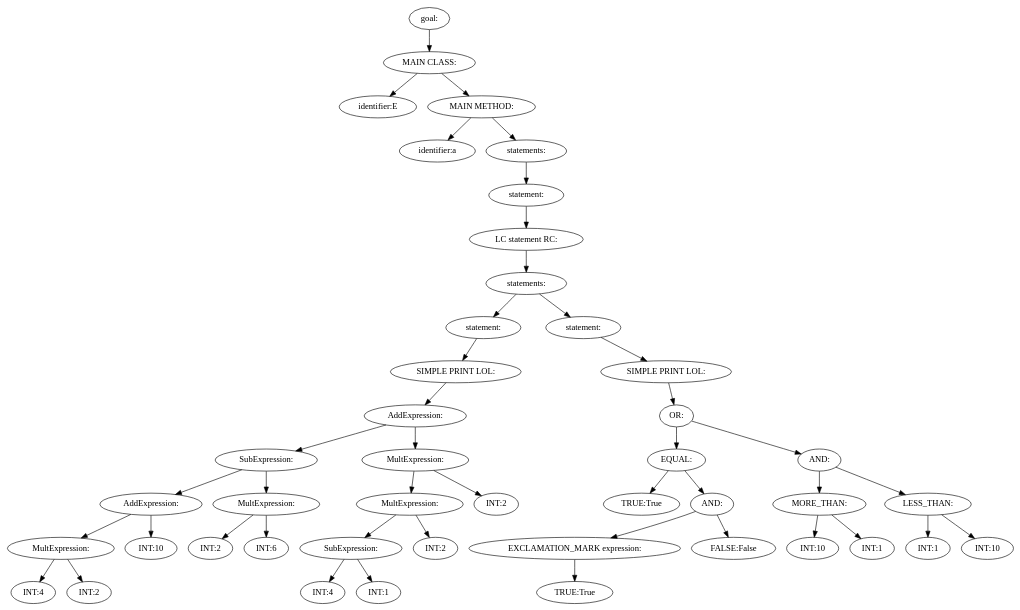
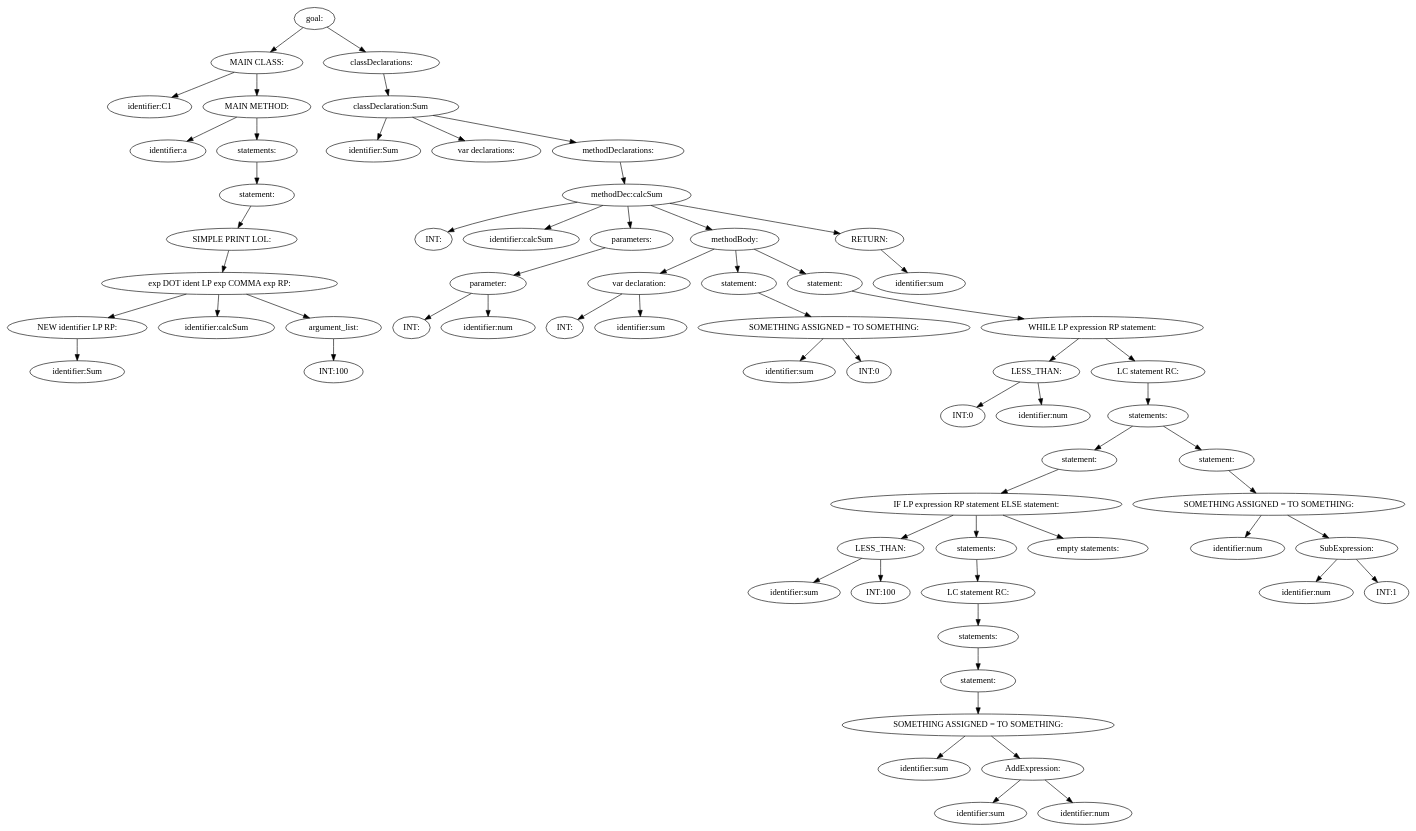
One commit to AIlhomov/Flex changed the diagram in assignment_1/getting_started/tree.dot. Above: the diagram before and after it, drawn with Graphviz. The commit also changed 7 other files, not shown here.

```diff
--- a/assignment_1/getting_started/tree.dot
+++ b/assignment_1/getting_started/tree.dot
@@ -1,89 +1,129 @@
 digraph {
 n0 [label="goal:"];
 n1 [label="MAIN CLASS:"];
-n2 [label="identifier:E"];
+n2 [label="identifier:C1"];
 n1 -> n2
 n3 [label="MAIN METHOD:"];
 n4 [label="identifier:a"];
 n3 -> n4
 n5 [label="statements:"];
 n6 [label="statement:"];
-n7 [label="LC statement RC:"];
-n8 [label="statements:"];
-n9 [label="statement:"];
-n10 [label="SIMPLE PRINT LOL:"];
-n11 [label="AddExpression:"];
-n12 [label="SubExpression:"];
-n13 [label="AddExpression:"];
-n14 [label="MultExpression:"];
-n15 [label="INT:4"];
-n14 -> n15
-n16 [label="INT:2"];
-n14 -> n16
-n13 -> n14
-n17 [label="INT:10"];
-n13 -> n17
-n12 -> n13
-n18 [label="MultExpression:"];
-n19 [label="INT:2"];
-n18 -> n19
-n20 [label="INT:6"];
-n18 -> n20
-n12 -> n18
-n11 -> n12
-n21 [label="MultExpression:"];
-n22 [label="MultExpression:"];
-n23 [label="SubExpression:"];
-n24 [label="INT:4"];
-n23 -> n24
-n25 [label="INT:1"];
-n23 -> n25
-n22 -> n23
-n26 [label="INT:2"];
-n22 -> n26
-n21 -> n22
-n27 [label="INT:2"];
-n21 -> n27
-n11 -> n21
-n10 -> n11
+n7 [label="SIMPLE PRINT LOL:"];
+n8 [label="exp DOT ident LP exp COMMA exp RP:"];
+n9 [label="NEW identifier LP RP:"];
+n10 [label="identifier:Sum"];
 n9 -> n10
 n8 -> n9
-n28 [label="statement:"];
-n29 [label="SIMPLE PRINT LOL:"];
-n30 [label="OR:"];
-n31 [label="EQUAL:"];
-n32 [label="TRUE:True"];
-n31 -> n32
-n33 [label="AND:"];
-n34 [label="EXCLAMATION_MARK expression:"];
-n35 [label="TRUE:True"];
-n34 -> n35
-n33 -> n34
-n36 [label="FALSE:False"];
-n33 -> n36
-n31 -> n33
-n30 -> n31
-n37 [label="AND:"];
-n38 [label="MORE_THAN:"];
-n39 [label="INT:10"];
-n38 -> n39
-n40 [label="INT:1"];
-n38 -> n40
-n37 -> n38
-n41 [label="LESS_THAN:"];
-n42 [label="INT:1"];
-n41 -> n42
-n43 [label="INT:10"];
-n41 -> n43
-n37 -> n41
-n30 -> n37
-n29 -> n30
-n28 -> n29
-n8 -> n28
+n11 [label="identifier:calcSum"];
+n8 -> n11
+n12 [label="argument_list:"];
+n13 [label="INT:100"];
+n12 -> n13
+n8 -> n12
 n7 -> n8
 n6 -> n7
 n5 -> n6
 n3 -> n5
 n1 -> n3
 n0 -> n1
+n14 [label="classDeclarations:"];
+n15 [label="classDeclaration:Sum"];
+n16 [label="identifier:Sum"];
+n15 -> n16
+n17 [label="var declarations:"];
+n15 -> n17
+n18 [label="methodDeclarations:"];
+n19 [label="methodDec:calcSum"];
+n20 [label="INT:"];
+n19 -> n20
+n21 [label="identifier:calcSum"];
+n19 -> n21
+n22 [label="parameters:"];
+n23 [label="parameter:"];
+n24 [label="INT:"];
+n23 -> n24
+n25 [label="identifier:num"];
+n23 -> n25
+n22 -> n23
+n19 -> n22
+n26 [label="methodBody:"];
+n27 [label="var declaration:"];
+n28 [label="INT:"];
+n27 -> n28
+n29 [label="identifier:sum"];
+n27 -> n29
+n26 -> n27
+n30 [label="statement:"];
+n31 [label="SOMETHING ASSIGNED = TO SOMETHING:"];
+n32 [label="identifier:sum"];
+n31 -> n32
+n33 [label="INT:0"];
+n31 -> n33
+n30 -> n31
+n26 -> n30
+n34 [label="statement:"];
+n35 [label="WHILE LP expression RP statement:"];
+n36 [label="LESS_THAN:"];
+n37 [label="INT:0"];
+n36 -> n37
+n38 [label="identifier:num"];
+n36 -> n38
+n35 -> n36
+n39 [label="LC statement RC:"];
+n40 [label="statements:"];
+n41 [label="statement:"];
+n42 [label="IF LP expression RP statement ELSE statement:"];
+n43 [label="LESS_THAN:"];
+n44 [label="identifier:sum"];
+n43 -> n44
+n45 [label="INT:100"];
+n43 -> n45
+n42 -> n43
+n46 [label="statements:"];
+n47 [label="LC statement RC:"];
+n48 [label="statements:"];
+n49 [label="statement:"];
+n50 [label="SOMETHING ASSIGNED = TO SOMETHING:"];
+n51 [label="identifier:sum"];
+n50 -> n51
+n52 [label="AddExpression:"];
+n53 [label="identifier:sum"];
+n52 -> n53
+n54 [label="identifier:num"];
+n52 -> n54
+n50 -> n52
+n49 -> n50
+n48 -> n49
+n47 -> n48
+n46 -> n47
+n42 -> n46
+n55 [label="empty statements:"];
+n42 -> n55
+n41 -> n42
+n40 -> n41
+n56 [label="statement:"];
+n57 [label="SOMETHING ASSIGNED = TO SOMETHING:"];
+n58 [label="identifier:num"];
+n57 -> n58
+n59 [label="SubExpression:"];
+n60 [label="identifier:num"];
+n59 -> n60
+n61 [label="INT:1"];
+n59 -> n61
+n57 -> n59
+n56 -> n57
+n40 -> n56
+n39 -> n40
+n35 -> n39
+n34 -> n35
+n26 -> n34
+n19 -> n26
+n62 [label="RETURN:"];
+n63 [label="identifier:sum"];
+n62 -> n63
+n19 -> n62
+n18 -> n19
+n15 -> n18
+n14 -> n15
+n0 -> n14
 }
```
